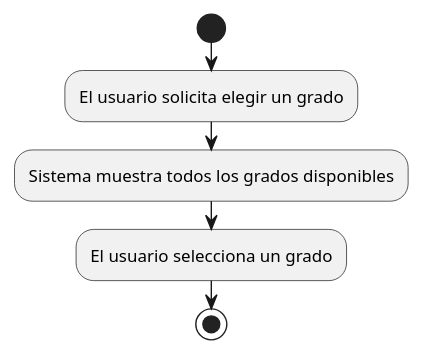
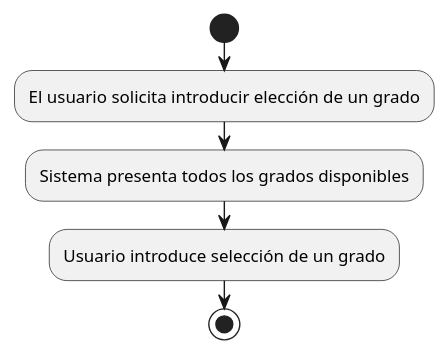
Before and after one commit to mmasias/24-25-IdSw1-SDR: the diagram in casosDeUso/plantUML/ElegirGrado.puml, drawn with PlantUML.

```diff
--- a/casosDeUso/plantUML/ElegirGrado.puml
+++ b/casosDeUso/plantUML/ElegirGrado.puml
@@ -1,7 +1,7 @@
 @startuml
 start
-:El usuario solicita elegir un grado;
-:Sistema muestra todos los grados disponibles;
-:El usuario selecciona un grado;
+:El usuario solicita introducir elección de un grado;
+:Sistema presenta todos los grados disponibles;
+:Usuario introduce selección de un grado;
 stop
 @enduml
```
